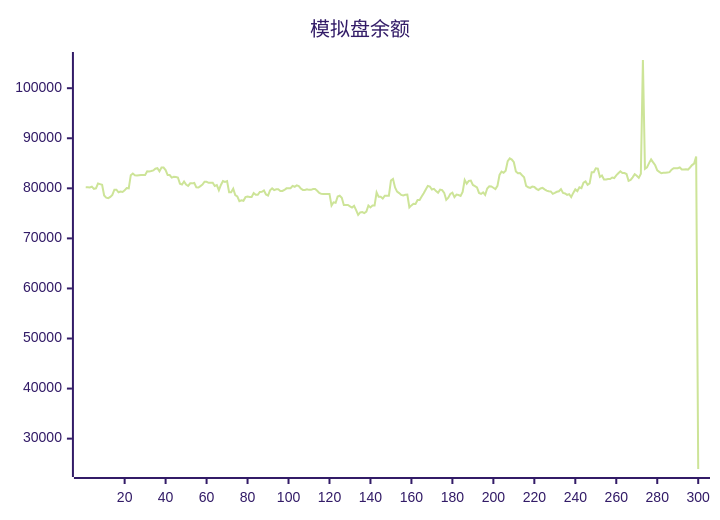
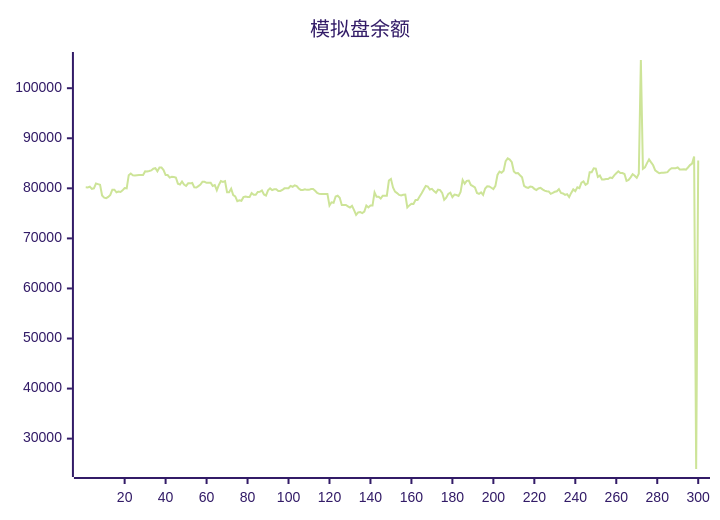
One commit to aahl/ai-trading changed the diagram in README.md. Above: the diagram before and after it, drawn with Mermaid (forest theme). The commit also changed other lines of this file and 1 other file, not shown here.

````diff
--- a/README.md
+++ b/README.md
@@ -5,5 +5,5 @@
 ```mermaid
 xychart
     title "模拟盘余额"
-    line [80236,80208,80170,80336,79894,80006,80954,80837,80712,78561,78139,78037,78293,78682,79720,79720,79214,79372,79279,79591,80046,79993,82625,82950,82626,82571,82633,82670,82670,82681,83386,83378,83464,83579,83920,84037,83402,84160,84142,83652,82655,82655,82145,82315,82243,82163,80934,80770,81371,80742,80468,80989,80989,81067,80191,80155,80450,80737,81309,81309,81106,81119,81119,80471,80631,79624,80670,81448,81290,81429,79212,79222,79940,78643,78380,77432,77623,77504,78235,78358,78284,78277,79048,78714,78714,79290,79308,79567,78763,78563,79603,79988,79652,79813,79813,79476,79469,79673,79995,80015,80015,80486,80314,80600,80436,79966,79689,79689,79819,79692,79692,79850,79850,79518,79071,78889,78850,78850,78878,78878,76554,77202,77103,78357,78510,78106,76678,76677,76672,76411,76159,76485,75656,74695,75197,75246,75052,75334,76564,76179,76553,76551,79196,78300,78300,77944,78531,78531,78521,81564,81884,80160,79335,79055,78675,78580,78708,78764,76179,76586,76902,76876,77658,77669,78346,79023,79769,80497,80366,79761,79896,79448,79126,79749,79658,79097,77695,78114,78888,79126,78249,78738,78653,78478,79271,81680,80923,81488,81527,80681,80455,80190,79084,78879,79193,78686,79954,80403,80374,80118,79848,80491,82665,83351,83098,83525,85430,85983,85737,85221,83378,83014,83043,82613,82216,80477,80208,80081,80348,80277,79894,79670,79965,80093,79786,79542,79406,79371,78893,79087,79304,79406,79841,79072,78978,78696,78846,78272,79085,79787,79442,80198,80031,81120,81379,80718,80985,83214,83212,83993,83921,82270,82547,81776,81776,81866,81866,82158,82061,82596,83000,83408,83041,83050,82858,81503,81691,82188,82812,82517,82092,82901,105633,83898,84180,85030,85781,85178,84604,83569,83298,83008,83093,83107,83175,83228,83729,84025,84017,84019,84177,83775,83762,83785,83738,84160,84639,84939,86370,23934]
+    line [80208,80170,80336,79894,80006,80954,80837,80712,78561,78139,78037,78293,78682,79720,79720,79214,79372,79279,79591,80046,79993,82625,82950,82626,82571,82633,82670,82670,82681,83386,83378,83464,83579,83920,84037,83402,84160,84142,83652,82655,82655,82145,82315,82243,82163,80934,80770,81371,80742,80468,80989,80989,81067,80191,80155,80450,80737,81309,81309,81106,81119,81119,80471,80631,79624,80670,81448,81290,81429,79212,79222,79940,78643,78380,77432,77623,77504,78235,78358,78284,78277,79048,78714,78714,79290,79308,79567,78763,78563,79603,79988,79652,79813,79813,79476,79469,79673,79995,80015,80015,80486,80314,80600,80436,79966,79689,79689,79819,79692,79692,79850,79850,79518,79071,78889,78850,78850,78878,78878,76554,77202,77103,78357,78510,78106,76678,76677,76672,76411,76159,76485,75656,74695,75197,75246,75052,75334,76564,76179,76553,76551,79196,78300,78300,77944,78531,78531,78521,81564,81884,80160,79335,79055,78675,78580,78708,78764,76179,76586,76902,76876,77658,77669,78346,79023,79769,80497,80366,79761,79896,79448,79126,79749,79658,79097,77695,78114,78888,79126,78249,78738,78653,78478,79271,81680,80923,81488,81527,80681,80455,80190,79084,78879,79193,78686,79954,80403,80374,80118,79848,80491,82665,83351,83098,83525,85430,85983,85737,85221,83378,83014,83043,82613,82216,80477,80208,80081,80348,80277,79894,79670,79965,80093,79786,79542,79406,79371,78893,79087,79304,79406,79841,79072,78978,78696,78846,78272,79085,79787,79442,80198,80031,81120,81379,80718,80985,83214,83212,83993,83921,82270,82547,81776,81776,81866,81866,82158,82061,82596,83000,83408,83041,83050,82858,81503,81691,82188,82812,82517,82092,82901,105633,83898,84180,85030,85781,85178,84604,83569,83298,83008,83093,83107,83175,83228,83729,84025,84017,84019,84177,83775,83762,83785,83738,84160,84639,84939,86370,23934,85548]
 ```
````
